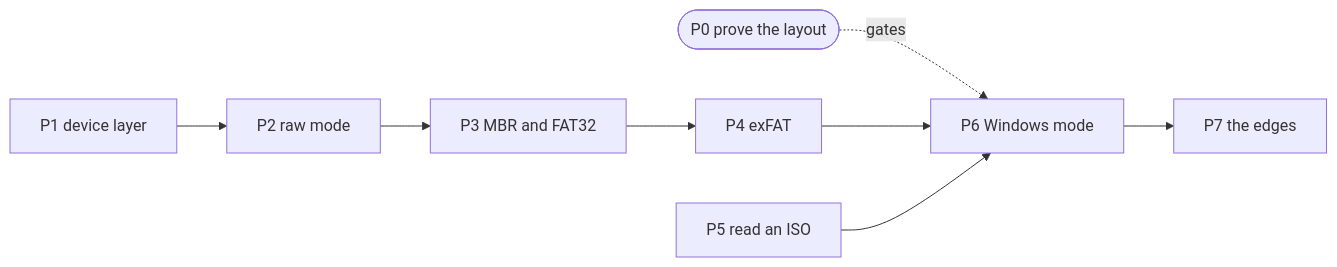
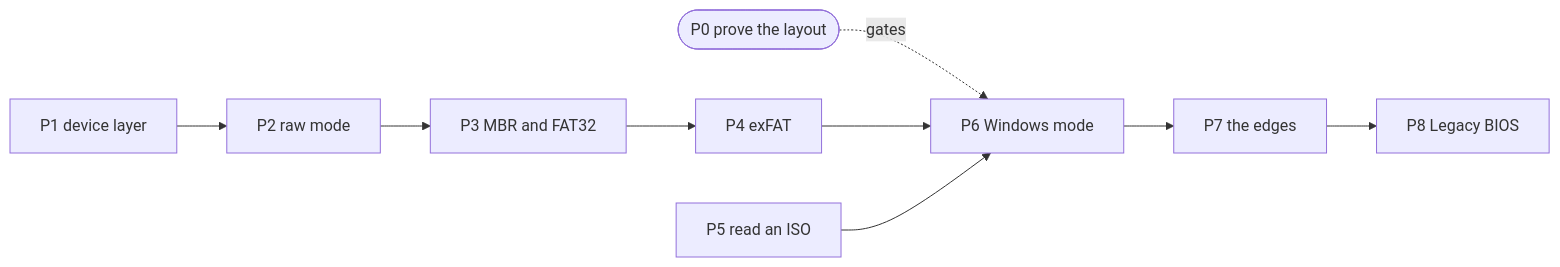
One commit to Stiven-Gjekaj/burnout changed the diagram in docs/roadmap.md. Above: the diagram before and after it, drawn with Mermaid. The commit also changed other lines of this file, not shown here.

First line of the commit message:
docs: plan Legacy BIOS boot as P8

````diff
--- a/docs/roadmap.md
+++ b/docs/roadmap.md
@@ -41,10 +42,11 @@
 ```mermaid
 flowchart LR
     P0([P0 prove the layout]) -.gates.-> P6
     P1[P1 device layer] --> P2[P2 raw mode]
     P2 --> P3[P3 MBR and FAT32]
     P3 --> P4[P4 exFAT]
     P4 --> P6[P6 Windows mode]
     P5[P5 read an ISO] --> P6
     P6 --> P7[P7 the edges]
+    P7 --> P8[P8 Legacy BIOS]
 ```
````
